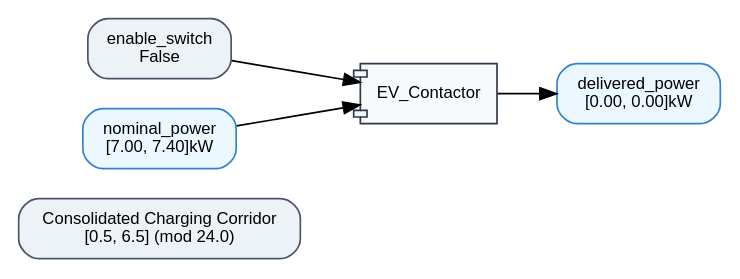
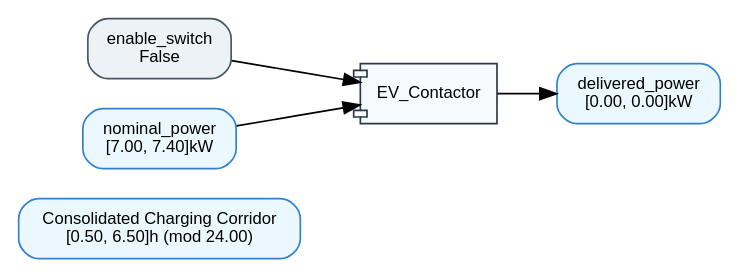
The diagram in docs/assets/clock_intervals_ev_scheduler.dot (dougransom/lattice-propagator), drawn with Graphviz before and after one commit. The commit also changed 39 other files, not shown here.

First line of the commit message:
feat(primitives,docs): add AllDistinctPropagator, DelayedPropagator, tree_reduce/tree_sum, polymorphic graph, and relocate schematics

```diff
--- a/docs/assets/clock_intervals_ev_scheduler.dot
+++ b/docs/assets/clock_intervals_ev_scheduler.dot
@@ -1,15 +1,15 @@
 digraph "OvernightEVScheduler" {
   rankdir="LR";
   node [fontname="Helvetica", fontsize=10];
   edge [fontname="Helvetica", fontsize=9];
 
-  C_charging_corridor [label="Consolidated Charging Corridor\n[0.5, 6.5] (mod 24.0)", shape=box, style="filled,rounded", fillcolor="#edf2f7", color="#4a5568"];
+  C_charging_corridor [label="Consolidated Charging Corridor\n[0.50, 6.50]h (mod 24.00)", shape=box, style="filled,rounded", fillcolor="#ebf8ff", color="#3182ce"];
   C_delivered_power [label="delivered_power\n[0.00, 0.00]kW", shape=box, style="filled,rounded", fillcolor="#ebf8ff", color="#3182ce"];
   C_enable_switch [label="enable_switch\nFalse", shape=box, style="filled,rounded", fillcolor="#edf2f7", color="#4a5568"];
   C_nominal_power [label="nominal_power\n[7.00, 7.40]kW", shape=box, style="filled,rounded", fillcolor="#ebf8ff", color="#3182ce"];
   P_EV_Contactor [label="EV_Contactor", shape=component, style=filled, fillcolor="#f7fafc", color="#2d3748"];
 
   C_enable_switch -> P_EV_Contactor;
   C_nominal_power -> P_EV_Contactor;
   P_EV_Contactor -> C_delivered_power;
 }
```
